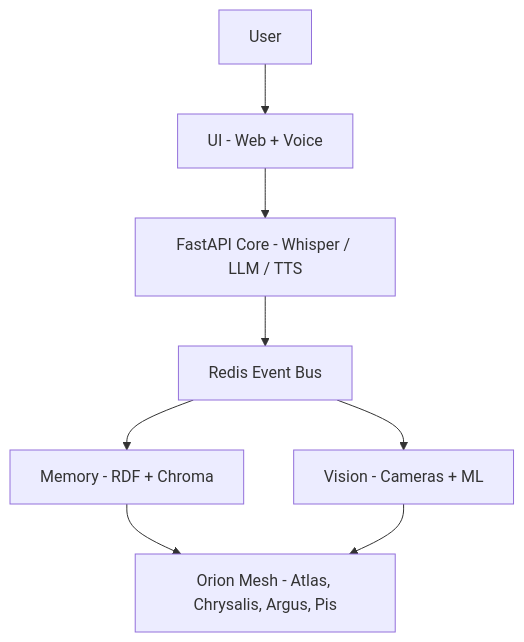
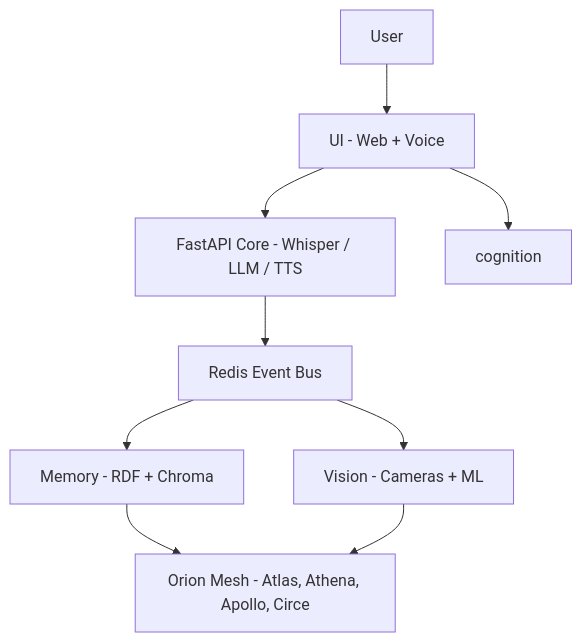
One commit to junebug-junie/Orion-Sapienform changed the diagram in README.md. Above: the diagram before and after it, drawn with Mermaid. The commit also changed other lines of this file, not shown here.

````diff
--- a/README.md
+++ b/README.md
@@ -41,10 +41,10 @@
 ```mermaid
 flowchart TD
     user[User] --> ui[UI - Web + Voice]
-    ui --> core[FastAPI Core - Whisper / LLM / TTS]
+    ui --> core[FastAPI Core - Whisper / LLM / TTS] & cognition
     core --> bus[Redis Event Bus]
     bus --> mem[Memory - RDF + Chroma]
     bus --> vis[Vision - Cameras + ML]
-    mem --> mesh[Orion Mesh - Atlas, Chrysalis, Argus, Pis]
+    mem --> mesh[Orion Mesh - Atlas, Athena, Apollo, Circe]
     vis --> mesh
 ```
````
